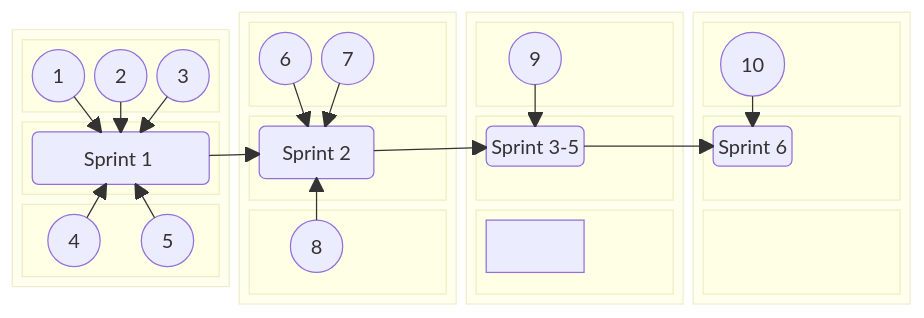
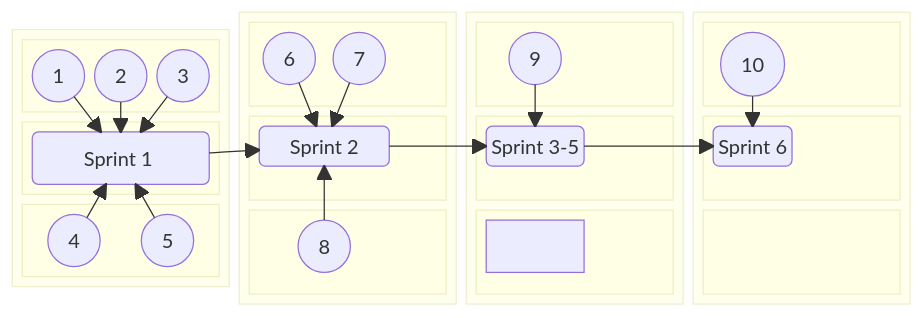
One commit to jdmedlock/mermaid_testing changed the second of 2 diagrams in README.md. Above: the diagram before and after it, drawn with Mermaid.

Commit message:
Feature: Add annotations to test layout

````diff
--- a/README.md
+++ b/README.md
@@ -90,74 +90,74 @@
 ```mermaid
   block-beta
     columns 4
     block:B1:1
       columns 1
       block:B1TOP
         A1(("&nbsp;&nbsp; 1 &nbsp;&nbsp;"))
         A2(("&nbsp;&nbsp; 2 &nbsp;&nbsp;"))
         A3(("&nbsp;&nbsp; 3 &nbsp;&nbsp;"))
       end
       block:B1CENTER
         SPRINT1("Sprint 1&nbsp;")
       end
       block:B1BOTTOM
         A4(("&nbsp;&nbsp; 4 &nbsp;&nbsp;"))
         A5(("&nbsp;&nbsp; 5 &nbsp;&nbsp;"))
       end
       A1 ----> SPRINT1
       A2 ----> SPRINT1
       A3 ----> SPRINT1
       A4 ----> SPRINT1
       A5 ----> SPRINT1
     end
 
     block:B2:1
       columns 1
       block:B2TOP
         A6(("&nbsp;&nbsp; 6 &nbsp;&nbsp;"))
         A7(("&nbsp;&nbsp; 7 &nbsp;&nbsp;"))
       end
       block:B2CENTER
-        SPRINT2("&nbsp;&nbsp; Sprint 2 &nbsp;&nbsp;")
+        SPRINT2("&nbsp;&nbsp;&nbsp;&nbsp; Sprint 2 &nbsp;&nbsp;&nbsp;&nbsp;")
       end
       block:B2BOTTOM
         A8(("&nbsp;&nbsp; 8 &nbsp;&nbsp;"))
       end
       A6 ----> SPRINT2
       A7 ----> SPRINT2
       A8 ----> SPRINT2
     end
 
     block:B3:1
       columns 1
       block:B3TOP
         A9(("&nbsp;&nbsp; 9 &nbsp;&nbsp;"))
       end
       block:B3CENTER
         SPRINTS35("Sprint 3-5")
       end
       block:B3BOTTOM
         &nbsp;
       end
       A9 ----> SPRINTS35
     end
 
     block:B4:1
       columns 1
       block:B4TOP
         A10(("&nbsp;&nbsp; 10 &nbsp;&nbsp;"))
       end
       block:B4CENTER
         SPRINT6("Sprint 6")
       end
       block:B4BOTTOM
         &nbsp;
       end
       A10 ----> SPRINT6
     end
 
     SPRINT1 --> SPRINT2
     SPRINT2 --> SPRINTS35
     SPRINTS35 --> SPRINT6
 
 ```
````
